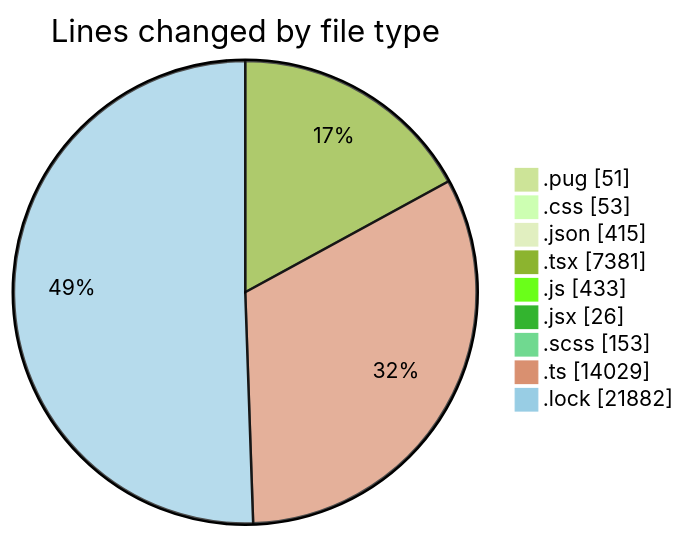
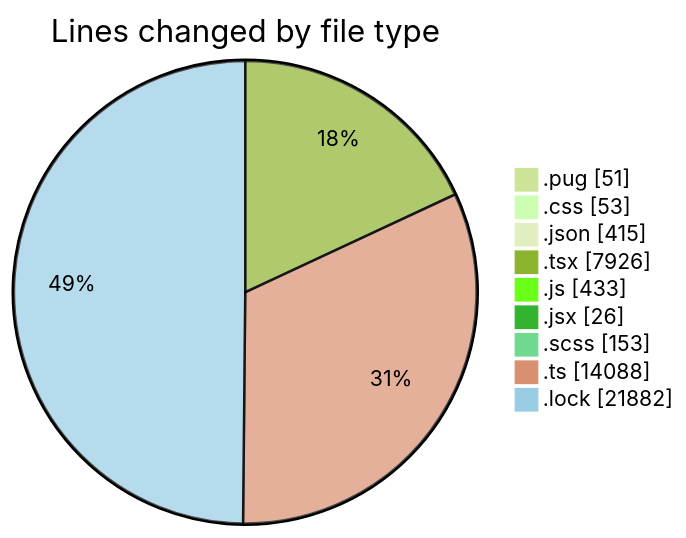
The first of 2 diagrams in 2025-11-06/cda/README.md (momahboobian/code-tracking), drawn with Mermaid (forest theme) before and after one commit. The commit also changed other lines of this file and 1 other file, not shown here.

````diff
--- a/2025-11-06/cda/README.md
+++ b/2025-11-06/cda/README.md
@@ -50,13 +51,13 @@
 ```mermaid
 pie showData
 title Lines changed by file type
 ".pug" : 51
 ".css" : 53
 ".json" : 415
-".tsx" : 7381
+".tsx" : 7926
 ".js" : 433
 ".jsx" : 26
 ".scss" : 153
-".ts" : 14029
+".ts" : 14088
 ".lock" : 21882
 ```
````
